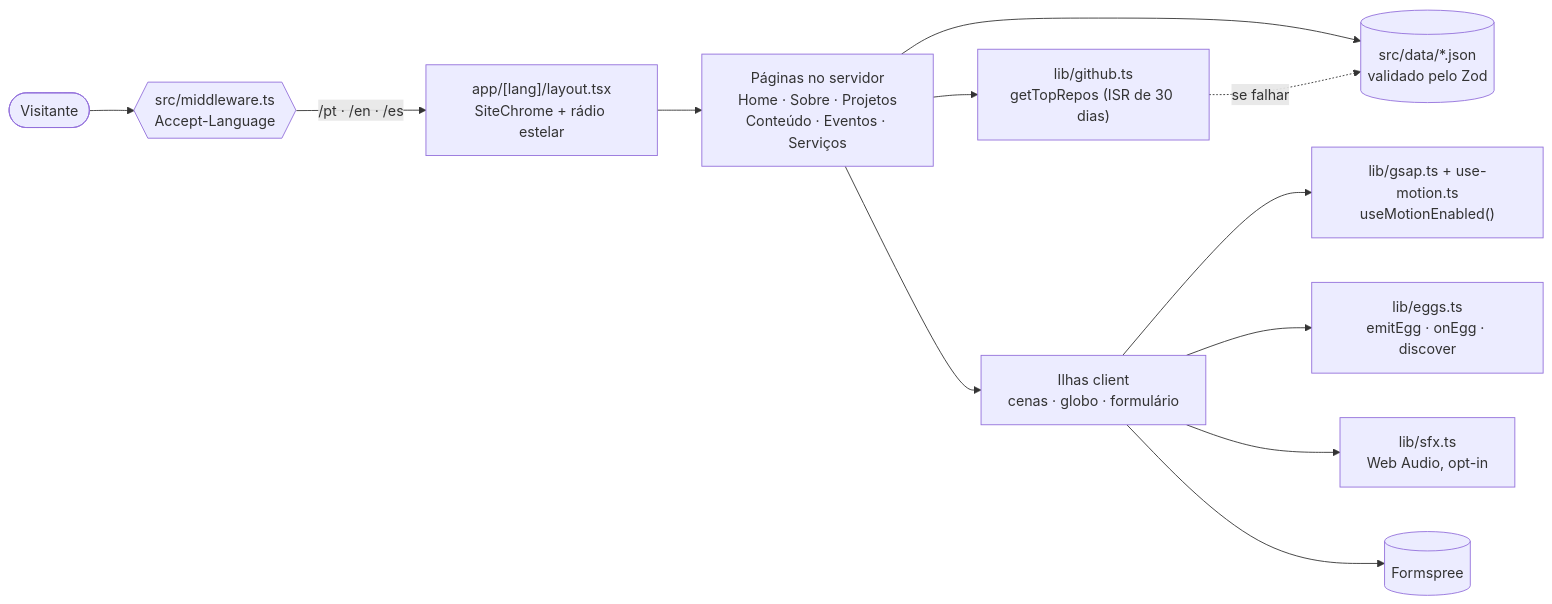
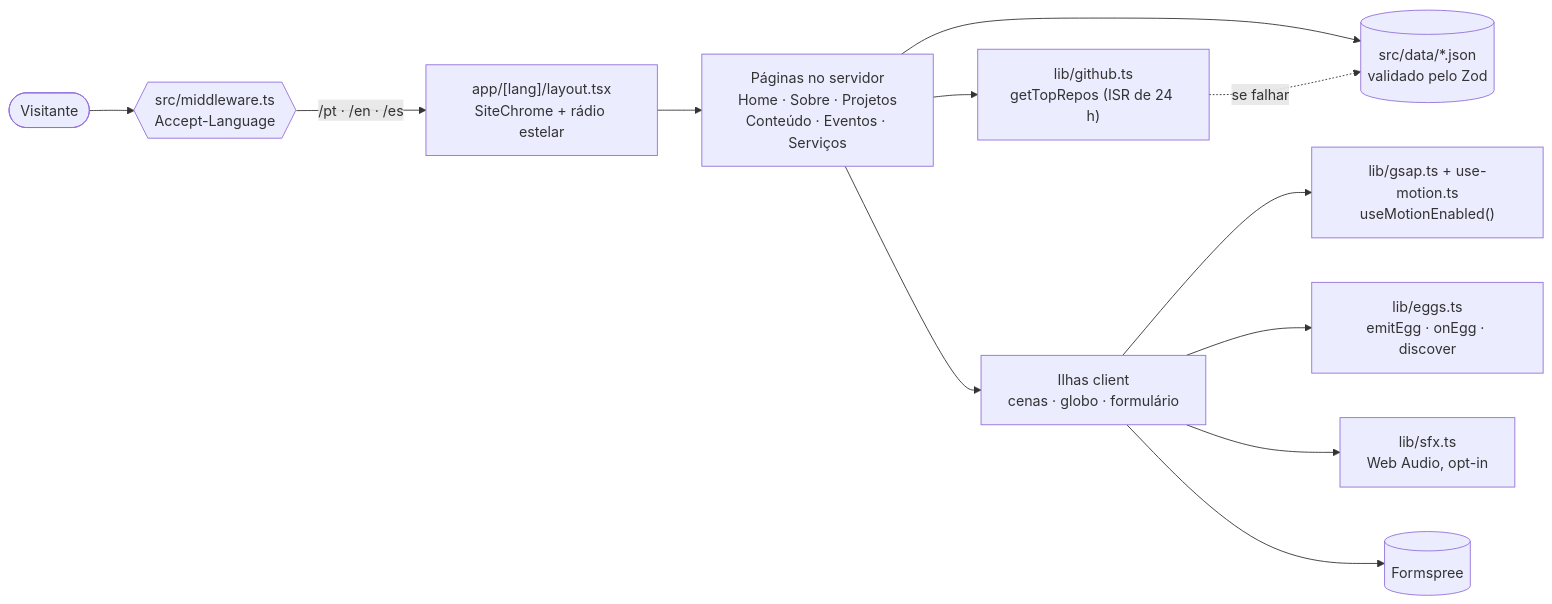
Before and after one commit to glaucia86/glaucialemos.dev: the diagram in README.pt-BR.md, drawn with Mermaid. The commit also changed other lines of this file and 107 other files, not shown here.

````diff
--- a/README.pt-BR.md
+++ b/README.pt-BR.md
@@ -154,14 +154,14 @@
 ```mermaid
 flowchart LR
     V([Visitante]) --> M{{src/middleware.ts<br/>Accept-Language}}
     M -->|/pt · /en · /es| L["app/[lang]/layout.tsx<br/>SiteChrome + rádio estelar"]
     L --> P["Páginas no servidor<br/>Home · Sobre · Projetos<br/>Conteúdo · Eventos · Serviços"]
     P --> D[("src/data/*.json<br/>validado pelo Zod")]
-    P --> G["lib/github.ts<br/>getTopRepos (ISR de 30 dias)"]
+    P --> G["lib/github.ts<br/>getTopRepos (ISR de 24 h)"]
     G -.se falhar.-> D
     P --> C["Ilhas client<br/>cenas · globo · formulário"]
     C --> MO["lib/gsap.ts + use-motion.ts<br/>useMotionEnabled()"]
     C --> E["lib/eggs.ts<br/>emitEgg · onEgg · discover"]
     C --> S["lib/sfx.ts<br/>Web Audio, opt-in"]
     C --> F[(Formspree)]
 ```
````
